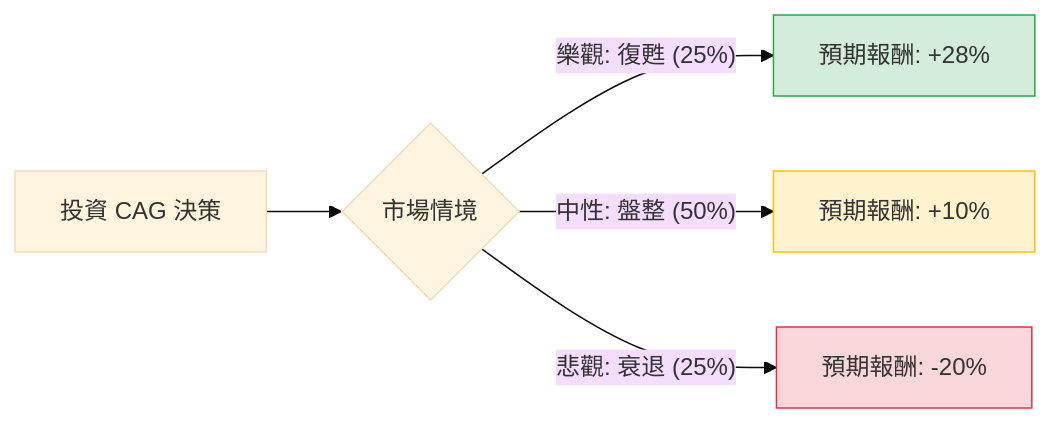
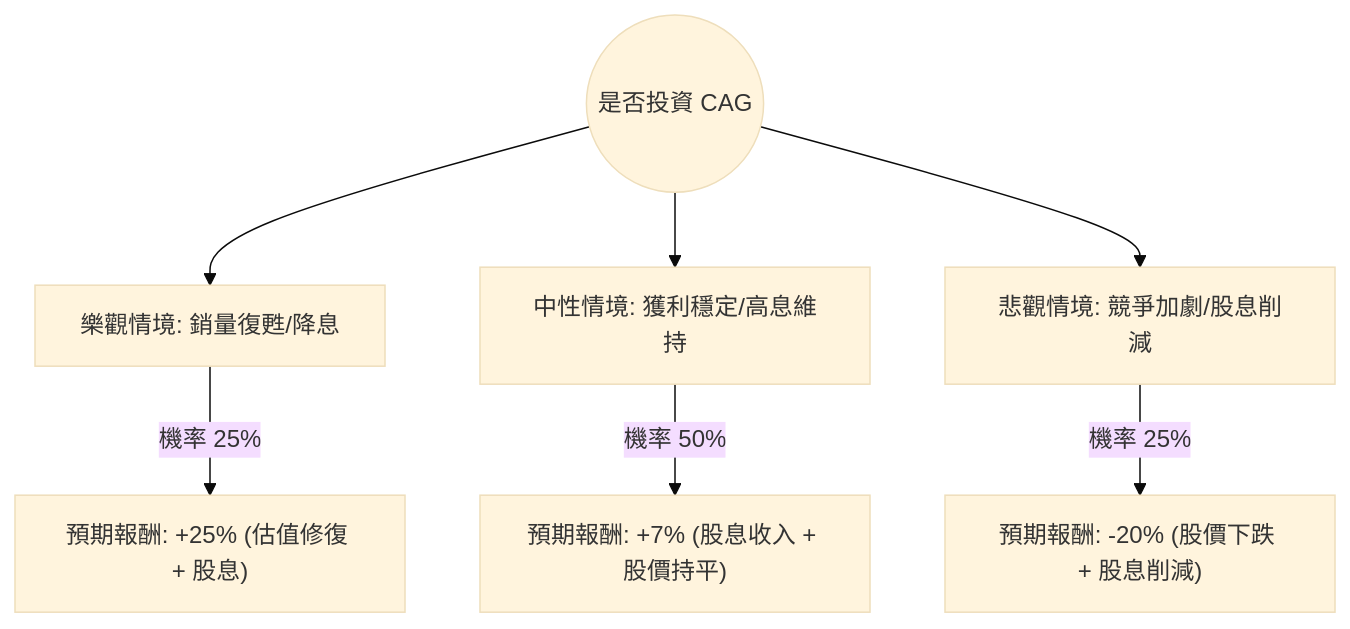
The diagram in plugin-react/ai-analysis/ev-analysis/CAG.md (zmcx16/zmcx16.github.io), drawn with Mermaid (base theme) before and after one commit. The commit also changed other lines of this file and 68 other files, not shown here.

````diff
--- a/plugin-react/ai-analysis/ev-analysis/CAG.md
+++ b/plugin-react/ai-analysis/ev-analysis/CAG.md
@@ -21,12 +25,10 @@
 ```mermaid
-graph LR
-    A[投資 CAG 決策] --> B{市場情境}
-    
-    B -- 樂觀: 復甦 (25%) --> C[預期報酬: +28%]
-    B -- 中性: 盤整 (50%) --> D[預期報酬: +10%]
-    B -- 悲觀: 衰退 (25%) --> E[預期報酬: -20%]
+graph TD
+    Start((是否投資 CAG)) --> Bull[樂觀情境: 銷量復甦/降息]
+    Start --> Base[中性情境: 獲利穩定/高息維持]
+    Start --> Bear[悲觀情境: 競爭加劇/股息削減]
 
-    style C fill:#d4edda,stroke:#28a745
-    style D fill:#fff3cd,stroke:#ffc107
-    style E fill:#f8d7da,stroke:#dc3545
+    Bull -- "機率 25%" --> BullResult["預期報酬: +25% (估值修復 + 股息)"]
+    Base -- "機率 50%" --> BaseResult["預期報酬: +7% (股息收入 + 股價持平)"]
+    Bear -- "機率 25%" --> BearResult["預期報酬: -20% (股價下跌 + 股息削減)"]
 ```
````
